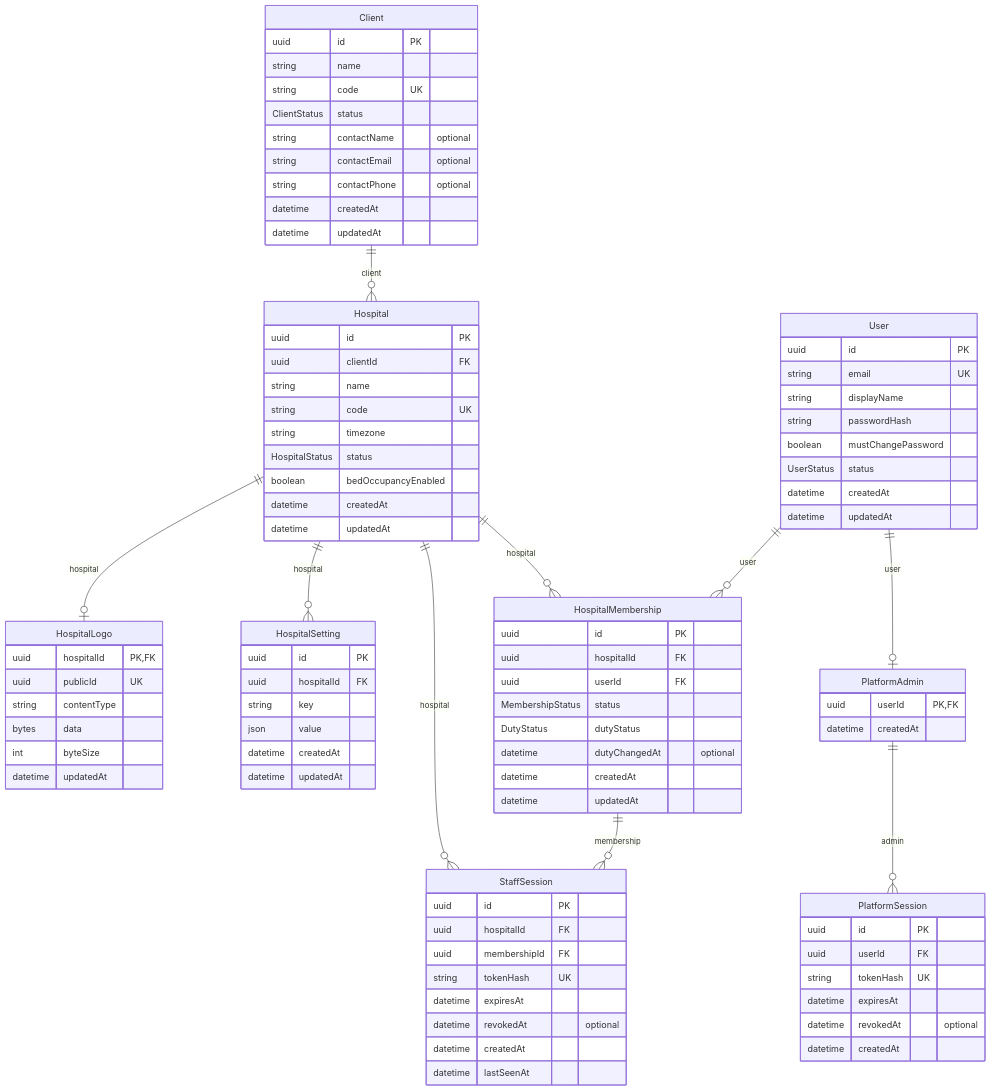
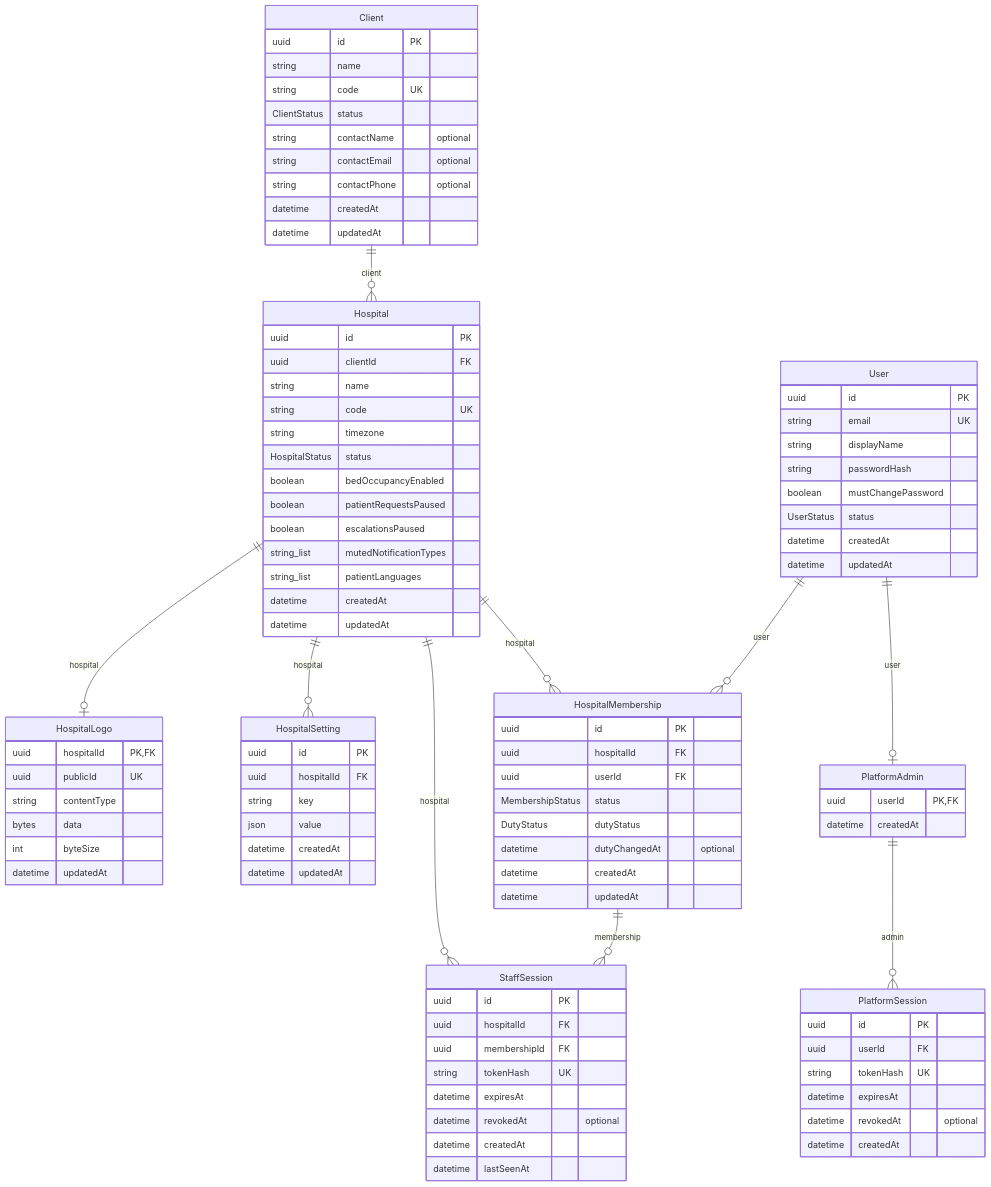
One commit to Vishal120703/QR_based-hospital-management-system changed the second of 7 diagrams in docs/database/er-diagram.md. Above: the diagram before and after it, drawn with Mermaid. The commit also changed other lines of this file and 57 other files, not shown here.

```diff
--- a/docs/database/er-diagram.md
+++ b/docs/database/er-diagram.md
@@ -93,6 +93,10 @@
     string timezone
     HospitalStatus status
     boolean bedOccupancyEnabled
+    boolean patientRequestsPaused
+    boolean escalationsPaused
+    string_list mutedNotificationTypes
+    string_list patientLanguages
     datetime createdAt
     datetime updatedAt
   }
```
